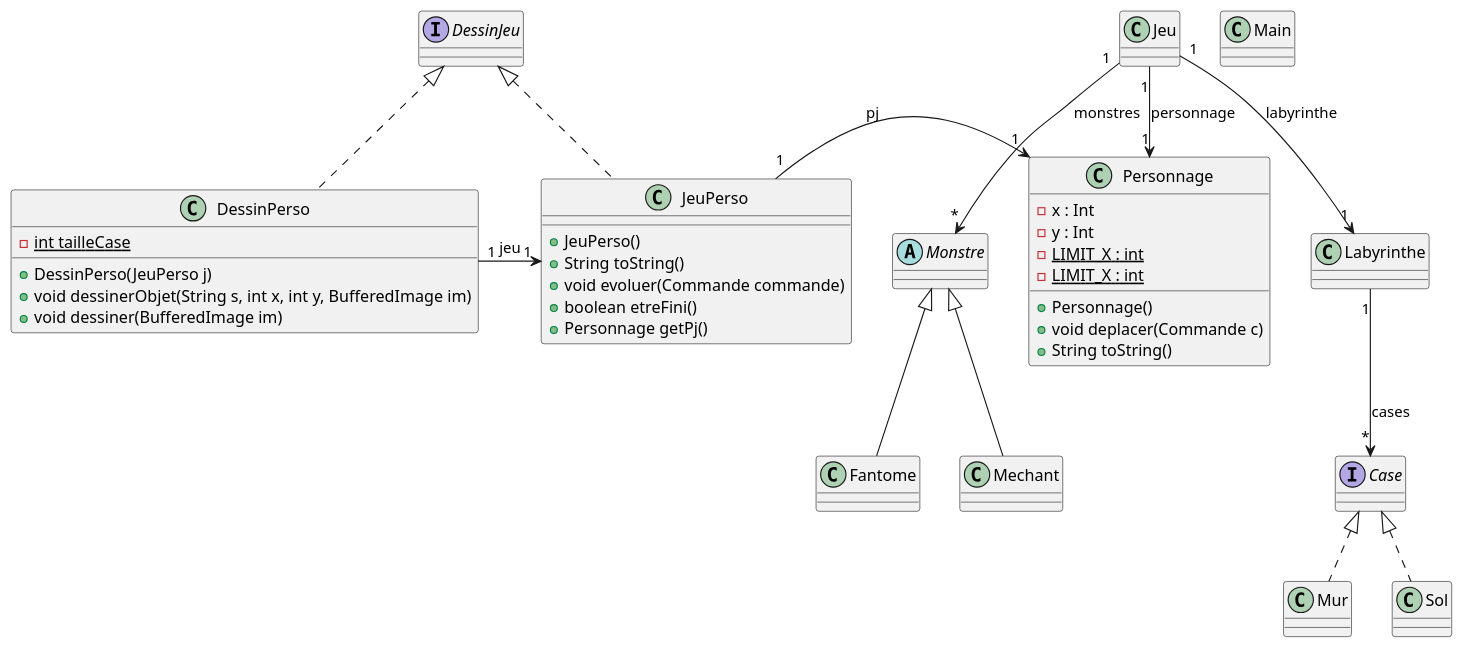
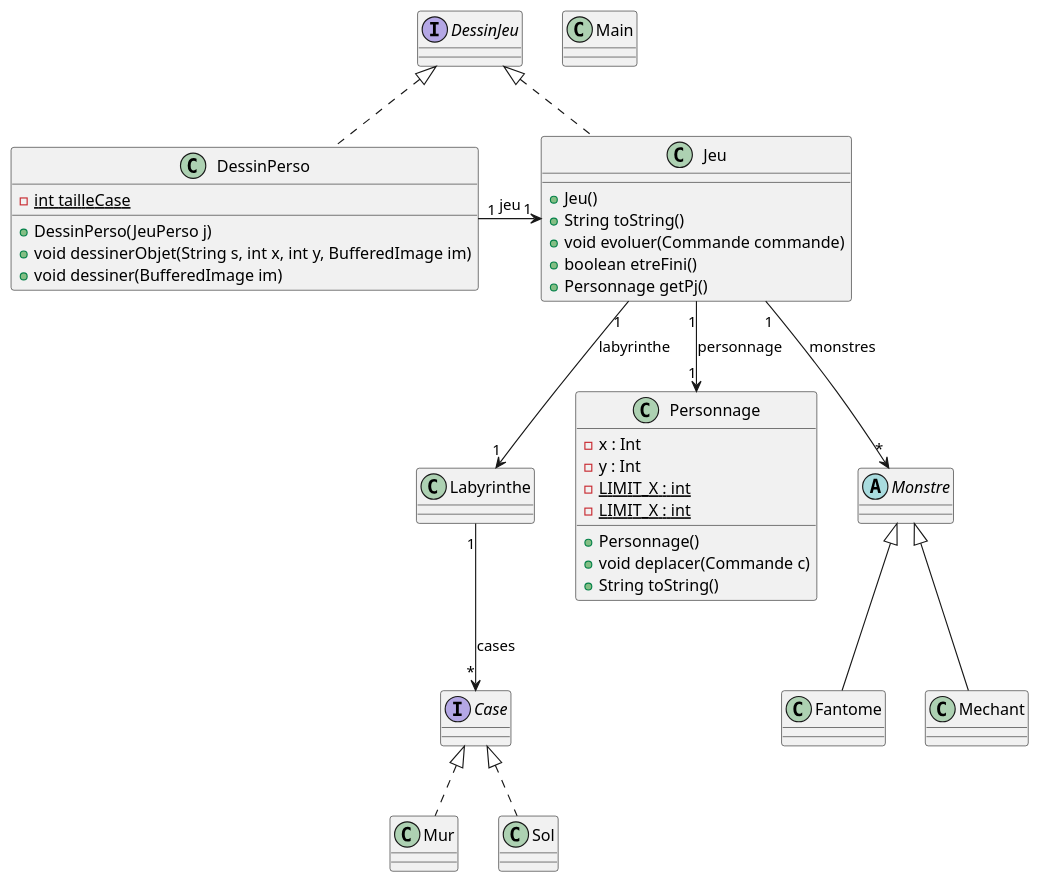
The diagram in documents/version_2/diagramme.puml (MichelGrolet/2d-game), drawn with PlantUML before and after one commit.

```diff
--- a/documents/version_2/diagramme.puml
+++ b/documents/version_2/diagramme.puml
@@ -1,70 +1,67 @@
 @startuml
 
 class Labyrinthe {
 
 }
 Labyrinthe "1" --> "*" Case : cases
 
 interface Case {
 
 }
 
 class Mur implements Case {
 
 }
 
 class Sol implements Case {
 
 }
 
 class Personnage {
     - x : Int
     - y : Int
     - {static} LIMIT_X : int
     - {static} LIMIT_X : int
     + Personnage()
     + void deplacer(Commande c)
     + String toString()
 }
 
 abstract class Monstre {
 
 }
 
 class Fantome extends Monstre {
 
 }
 
 class Mechant extends Monstre {
 
 }
 
-class Jeu {
-
-}
 Jeu "1" --> "1" Labyrinthe : labyrinthe
 Jeu "1" --> "1" Personnage : personnage
 Jeu "1" --> "*" Monstre : monstres
 
 class Main {
 
 }
 
-class JeuPerso implements DessinJeu {
-    + JeuPerso()
+class Jeu implements DessinJeu {
+    + Jeu()
     + String toString()
     + void evoluer(Commande commande)
     + boolean etreFini()
     + Personnage getPj()
 }
-JeuPerso "1" -> "1" Personnage : pj
+
 class DessinPerso implements DessinJeu {
     - {static} int tailleCase
     + DessinPerso(JeuPerso j)
     + void dessinerObjet(String s, int x, int y, BufferedImage im)
     + void dessiner(BufferedImage im)
 }
-DessinPerso "1" -> "1" JeuPerso : jeu
+DessinPerso "1" -> "1" Jeu : jeu
 
 
 @enduml
```
